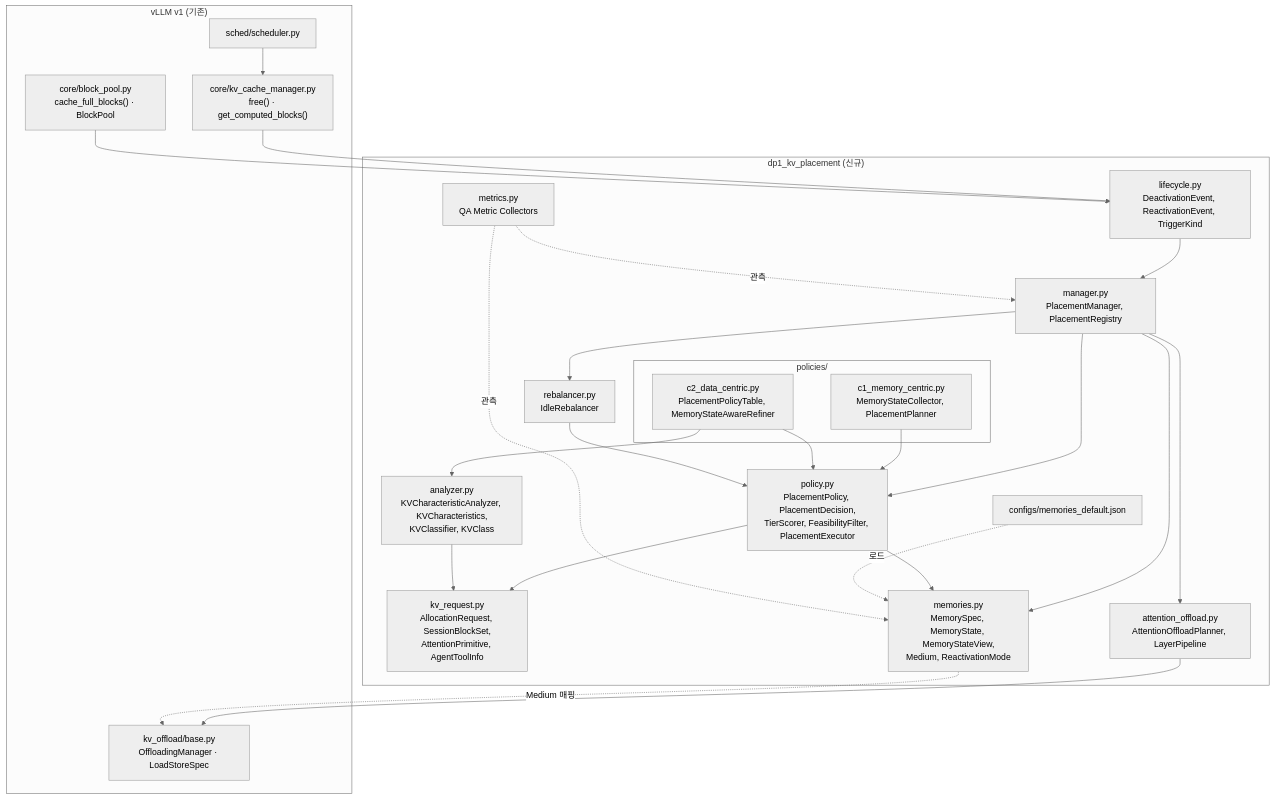
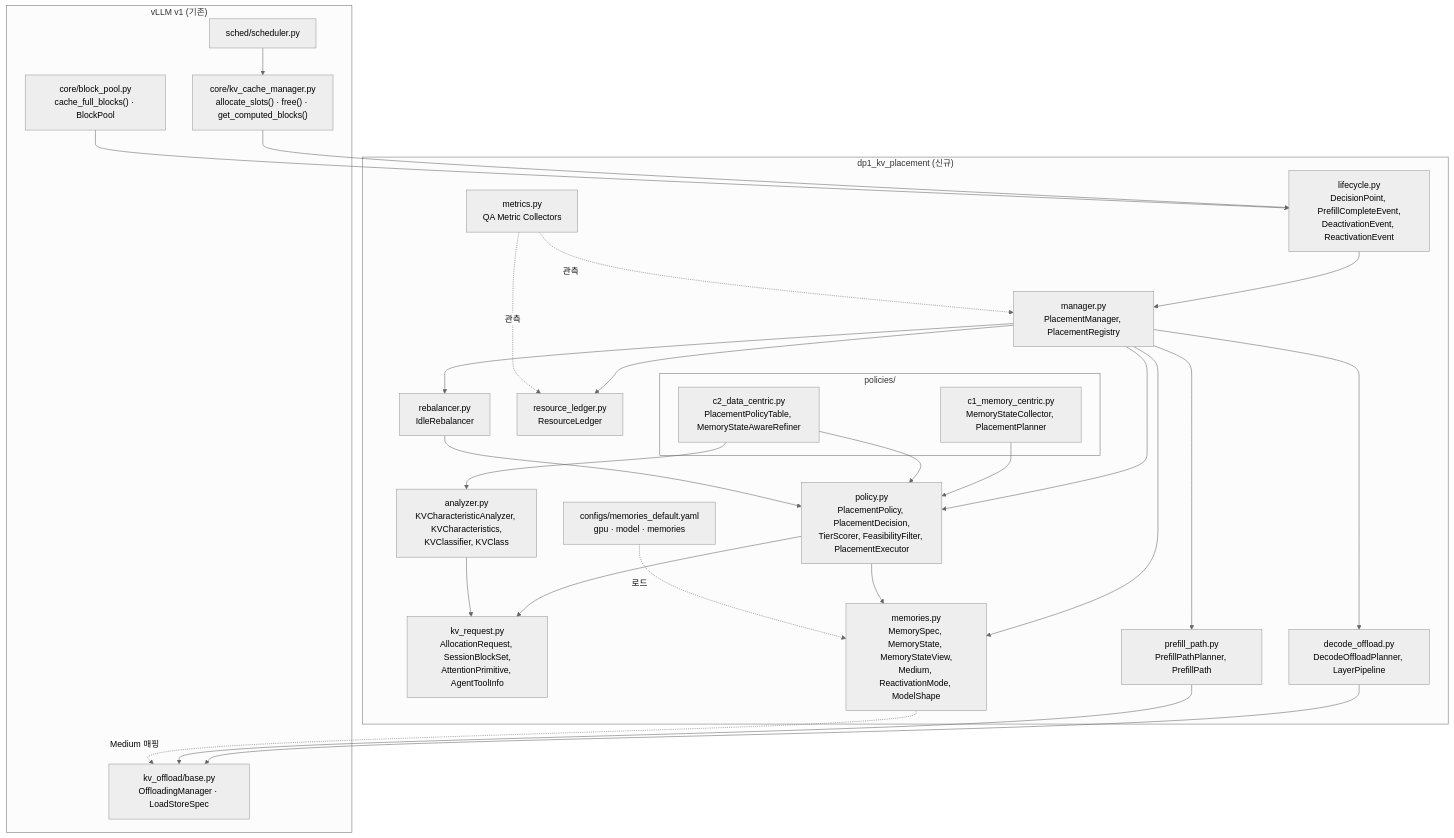
Before and after one commit to mkim0628/vllm: the first of 11 diagrams in doc-architect/dp1-implementation-uml.md, drawn with Mermaid (neutral theme). The commit also changed other lines of this file and 1 other file, not shown here.

First line of the commit message:
docs(dp1): bring the UML in line with the two decision points

````diff
--- a/doc-architect/dp1-implementation-uml.md
+++ b/doc-architect/dp1-implementation-uml.md
@@ -23,47 +25,52 @@
 ```mermaid
 graph TB
     subgraph vllm_v1["vLLM v1 (기존)"]
         sched["sched/scheduler.py"]
-        kvm["core/kv_cache_manager.py<br/>free() · get_computed_blocks()"]
+        kvm["core/kv_cache_manager.py<br/>allocate_slots() · free() · get_computed_blocks()"]
         bp["core/block_pool.py<br/>cache_full_blocks() · BlockPool"]
         offbase["kv_offload/base.py<br/>OffloadingManager · LoadStoreSpec"]
     end
 
     subgraph dp1["dp1_kv_placement (신규)"]
-        lifecycle["lifecycle.py<br/>DeactivationEvent, ReactivationEvent, TriggerKind"]
+        lifecycle["lifecycle.py<br/>DecisionPoint, PrefillCompleteEvent,<br/>DeactivationEvent, ReactivationEvent"]
         request["kv_request.py<br/>AllocationRequest, SessionBlockSet,<br/>AttentionPrimitive, AgentToolInfo"]
-        memories["memories.py<br/>MemorySpec, MemoryState, MemoryStateView,<br/>Medium, ReactivationMode"]
+        memories["memories.py<br/>MemorySpec, MemoryState, MemoryStateView,<br/>Medium, ReactivationMode, ModelShape"]
         policy["policy.py<br/>PlacementPolicy, PlacementDecision,<br/>TierScorer, FeasibilityFilter, PlacementExecutor"]
         analyzer["analyzer.py<br/>KVCharacteristicAnalyzer, KVCharacteristics,<br/>KVClassifier, KVClass"]
-        offload["attention_offload.py<br/>AttentionOffloadPlanner, LayerPipeline"]
+        decode["decode_offload.py<br/>DecodeOffloadPlanner, LayerPipeline"]
+        prefill["prefill_path.py<br/>PrefillPathPlanner, PrefillPath"]
+        ledger["resource_ledger.py<br/>ResourceLedger"]
         rebalancer["rebalancer.py<br/>IdleRebalancer"]
         manager["manager.py<br/>PlacementManager, PlacementRegistry"]
         metrics["metrics.py<br/>QA Metric Collectors"]
-        configs["configs/memories_default.json"]
+        configs["configs/memories_default.yaml<br/>gpu · model · memories"]
         subgraph policies["policies/"]
             c1["c1_memory_centric.py<br/>MemoryStateCollector, PlacementPlanner"]
             c2["c2_data_centric.py<br/>PlacementPolicyTable, MemoryStateAwareRefiner"]
         end
     end
 
     sched --> kvm
     kvm --> lifecycle
     bp --> lifecycle
     lifecycle --> manager
     manager --> policy
     manager --> memories
-    manager --> offload
+    manager --> decode
+    manager --> prefill
     manager --> rebalancer
+    manager --> ledger
     policy --> request
     policy --> memories
     c1 --> policy
     c2 --> policy
     c2 --> analyzer
     analyzer --> request
     rebalancer --> policy
-    offload --> offbase
+    decode --> offbase
+    prefill --> offbase
     configs -.->|로드| memories
     memories -.->|Medium 매핑| offbase
     metrics -.->|관측| manager
-    metrics -.->|관측| memories
+    metrics -.->|관측| ledger
 ```
````
